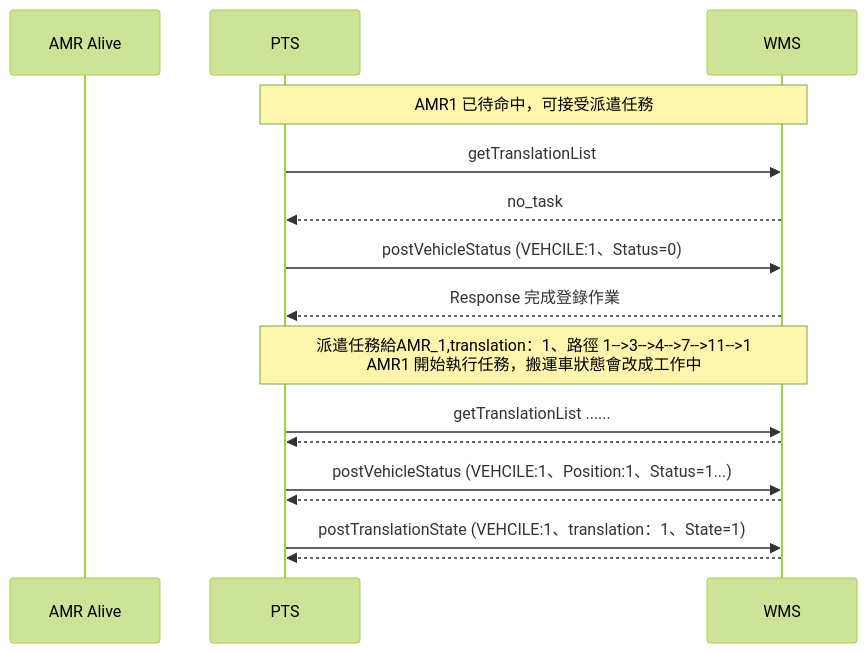
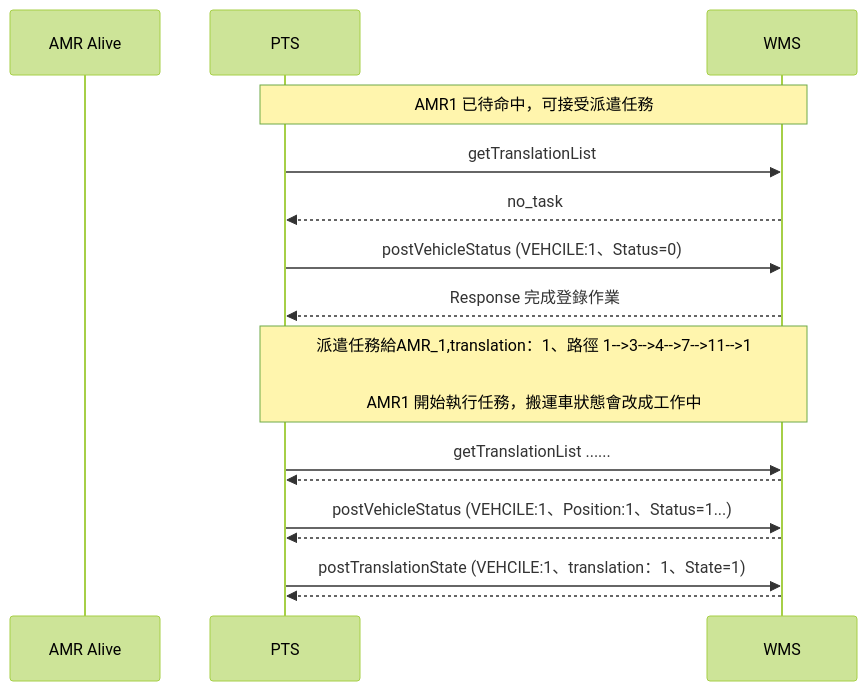
Before and after one commit to athena-tircgo/amr-wms-lsj: the sixth of 6 diagrams in README.md, drawn with Mermaid (forest theme).

````diff
--- a/README.md
+++ b/README.md
@@ -340,21 +340,21 @@
 ```mermaid
 sequenceDiagram
     participant AMR Alive
     participant PTS
     participant WMS
 
 note over PTS,WMS: AMR1 已待命中，可接受派遣任務
         PTS->>WMS: getTranslationList
         WMS-->>PTS: no_task
         PTS->>WMS: postVehicleStatus (VEHCILE:1、Status=0)
         WMS-->>PTS: Response 完成登錄作業
         
-note over PTS,WMS: 派遣任務給AMR_1,translation：1、路徑 1-->3-->4-->7-->11-->1<br>AMR1 開始執行任務，搬運車狀態會改成工作中
+note over PTS,WMS: 派遣任務給AMR_1,translation：1、路徑 1-->3-->4-->7-->11-->1<br><br><br>AMR1 開始執行任務，搬運車狀態會改成工作中
      PTS->>WMS: getTranslationList ......
      WMS-->>PTS:
      PTS->>WMS: postVehicleStatus (VEHCILE:1、Position:1、Status=1...)
      WMS-->>PTS:
      PTS->>WMS: postTranslationState (VEHCILE:1、translation：1、State=1)
      WMS-->>PTS:
 
 ```
````
